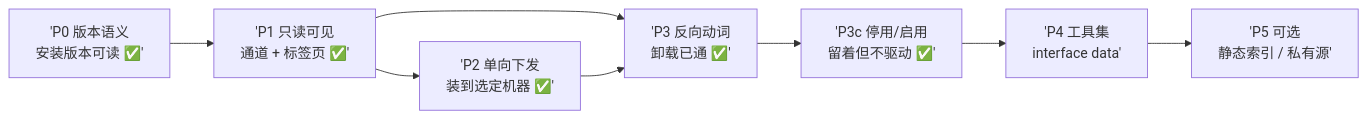
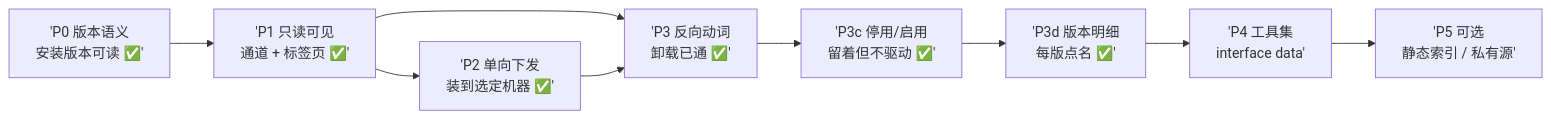
One commit to Ethereal1024/Clutch changed the diagram in PLUGIN_PLAN.md. Above: the diagram before and after it, drawn with Mermaid. The commit also changed other lines of this file, not shown here.

````diff
--- a/PLUGIN_PLAN.md
+++ b/PLUGIN_PLAN.md
@@ -171,10 +171,11 @@
 ```mermaid
 flowchart LR
   P0['P0 版本语义<br/>安装版本可读 ✅'] --> P1['P1 只读可见<br/>通道 + 标签页 ✅']
   P1 --> P2['P2 单向下发<br/>装到选定机器 ✅']
   P1 --> P3['P3 反向动词<br/>卸载已通 ✅']
   P2 --> P3
   P3 --> P3c['P3c 停用/启用<br/>留着但不驱动 ✅']
-  P3c --> P4['P4 工具集<br/>interface data']
+  P3c --> P3d['P3d 版本明细<br/>每版点名 ✅']
+  P3d --> P4['P4 工具集<br/>interface data']
   P4 --> P5['P5 可选<br/>静态索引 / 私有源']
 ```
````
